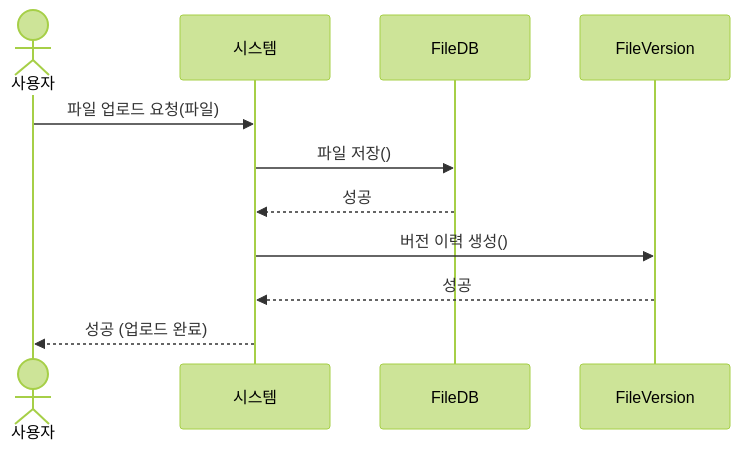
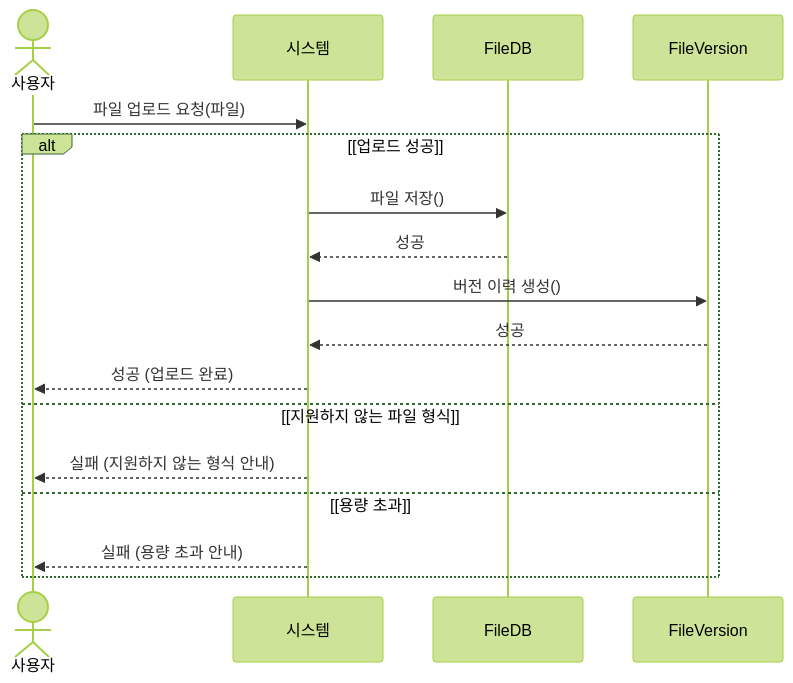
Before and after one commit to rlawlgus125/se: the fourth of 13 diagrams in doc/project5_req_analysis.md, drawn with Mermaid (forest theme). The commit also changed other lines of this file, not shown here.

````diff
--- a/doc/project5_req_analysis.md
+++ b/doc/project5_req_analysis.md
@@ -857,14 +860,20 @@
 ```mermaid
 sequenceDiagram
     actor 사용자
     participant 시스템
     participant FileDB
     participant FileVersion
 
     사용자 ->> 시스템: 파일 업로드 요청(파일)
-    시스템 ->> FileDB: 파일 저장()
-    FileDB -->> 시스템: 성공
-    시스템 ->> FileVersion: 버전 이력 생성()
-    FileVersion -->> 시스템: 성공
-    시스템 -->> 사용자: 성공 (업로드 완료)
+    alt [업로드 성공]
+        시스템 ->> FileDB: 파일 저장()
+        FileDB -->> 시스템: 성공
+        시스템 ->> FileVersion: 버전 이력 생성()
+        FileVersion -->> 시스템: 성공
+        시스템 -->> 사용자: 성공 (업로드 완료)
+    else [지원하지 않는 파일 형식]
+        시스템 -->> 사용자: 실패 (지원하지 않는 형식 안내)
+    else [용량 초과]
+        시스템 -->> 사용자: 실패 (용량 초과 안내)
+    end
 ```
````
